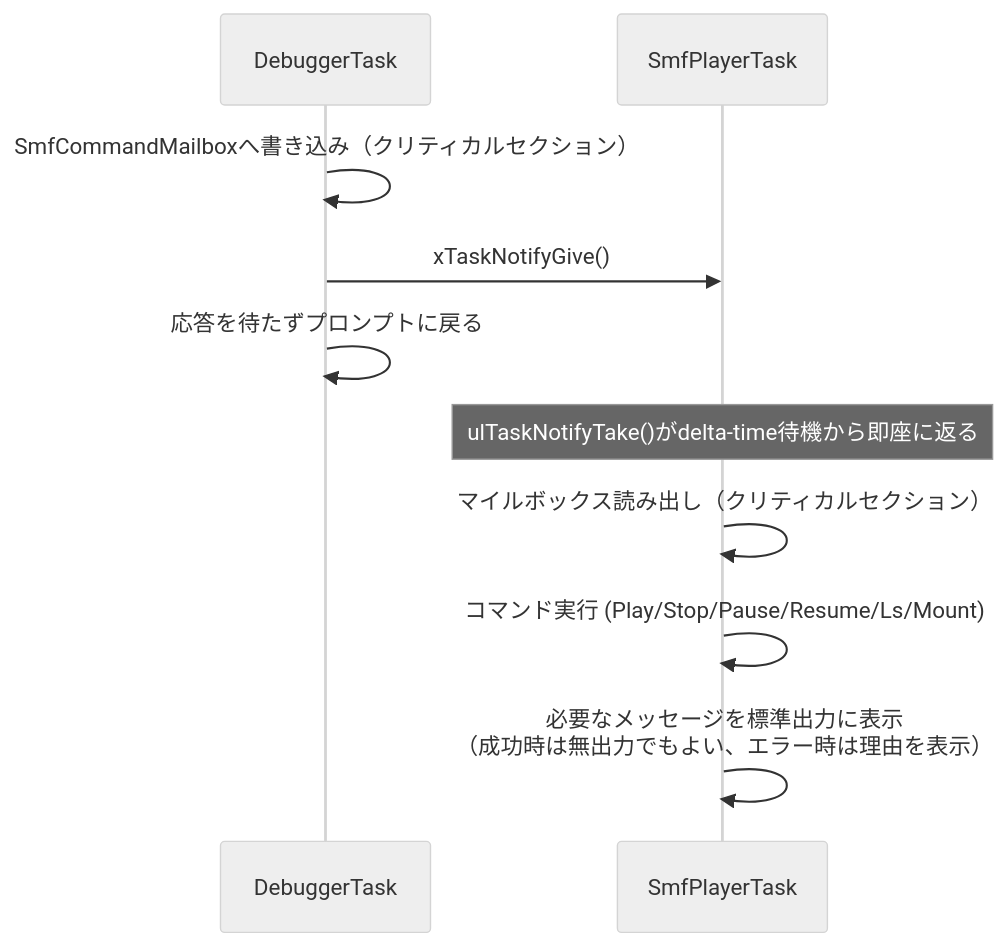
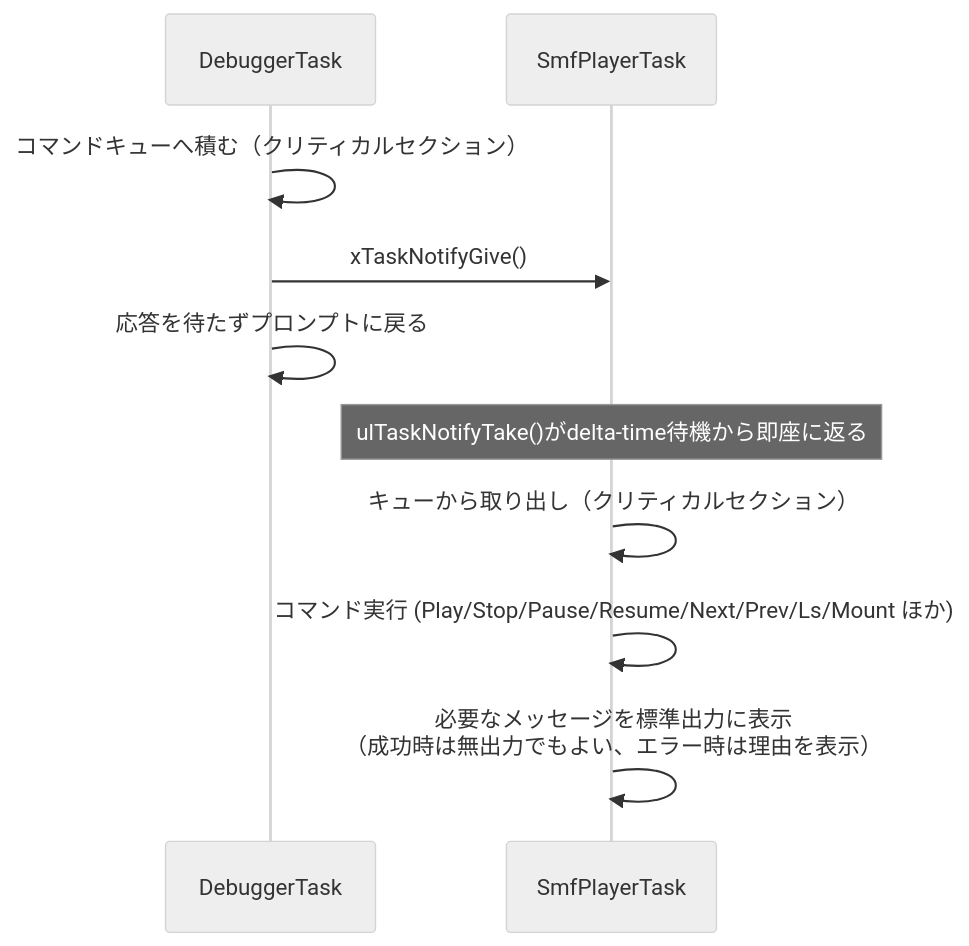
The second of 6 diagrams in doc/design_smf_player.md (46nori/FMSynthEnsembleV3), drawn with Mermaid (neutral theme) before and after one commit. The commit also changed other lines of this file and 65 other files, not shown here.

````diff
--- a/doc/design_smf_player.md
+++ b/doc/design_smf_player.md
@@ -117,12 +120,12 @@
 ```mermaid
 sequenceDiagram
     participant D as DebuggerTask
     participant S as SmfPlayerTask
-    D->>D: SmfCommandMailboxへ書き込み（クリティカルセクション）
+    D->>D: コマンドキューへ積む（クリティカルセクション）
     D->>S: xTaskNotifyGive()
     D->>D: 応答を待たずプロンプトに戻る
     Note over S: ulTaskNotifyTake()がdelta-time待機から即座に返る
-    S->>S: マイルボックス読み出し（クリティカルセクション）
-    S->>S: コマンド実行 (Play/Stop/Pause/Resume/Ls/Mount)
+    S->>S: キューから取り出し（クリティカルセクション）
+    S->>S: コマンド実行 (Play/Stop/Pause/Resume/Next/Prev/Ls/Mount ほか)
     S->>S: 必要なメッセージを標準出力に表示<br>（成功時は無出力でもよい、エラー時は理由を表示）
 ```
````
